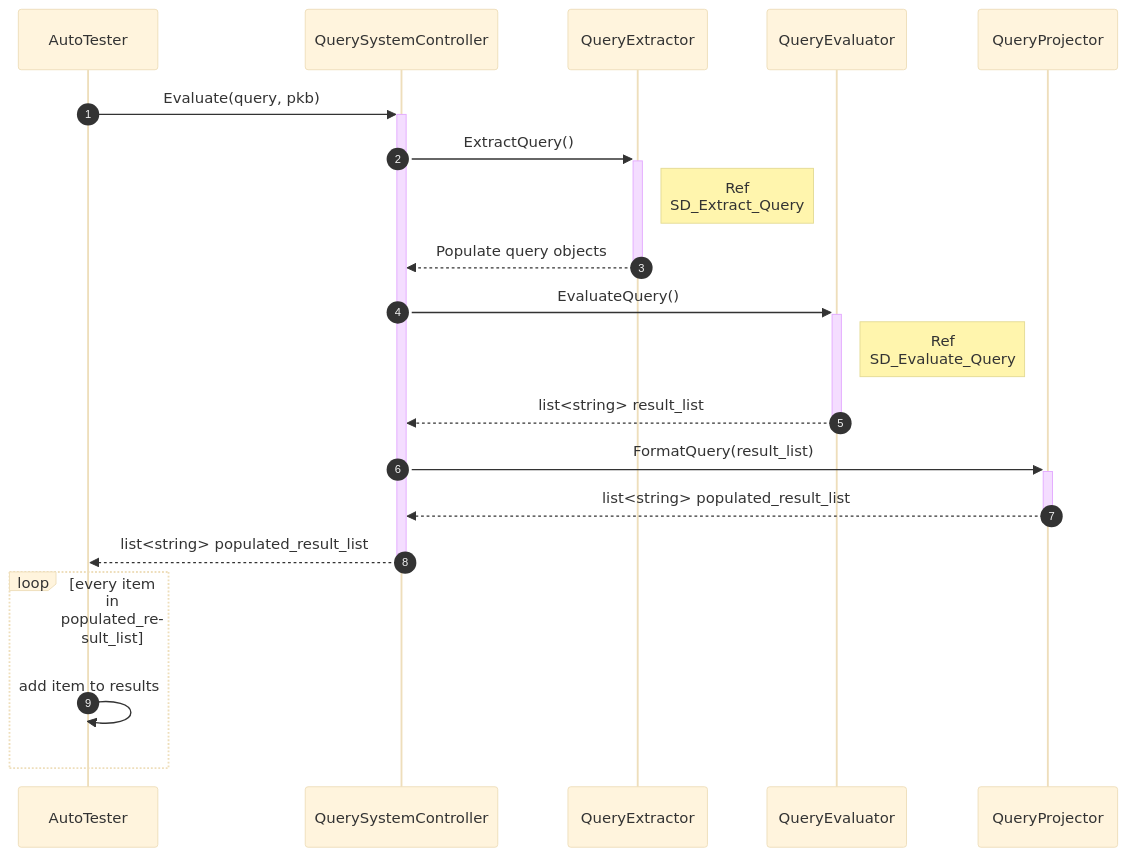
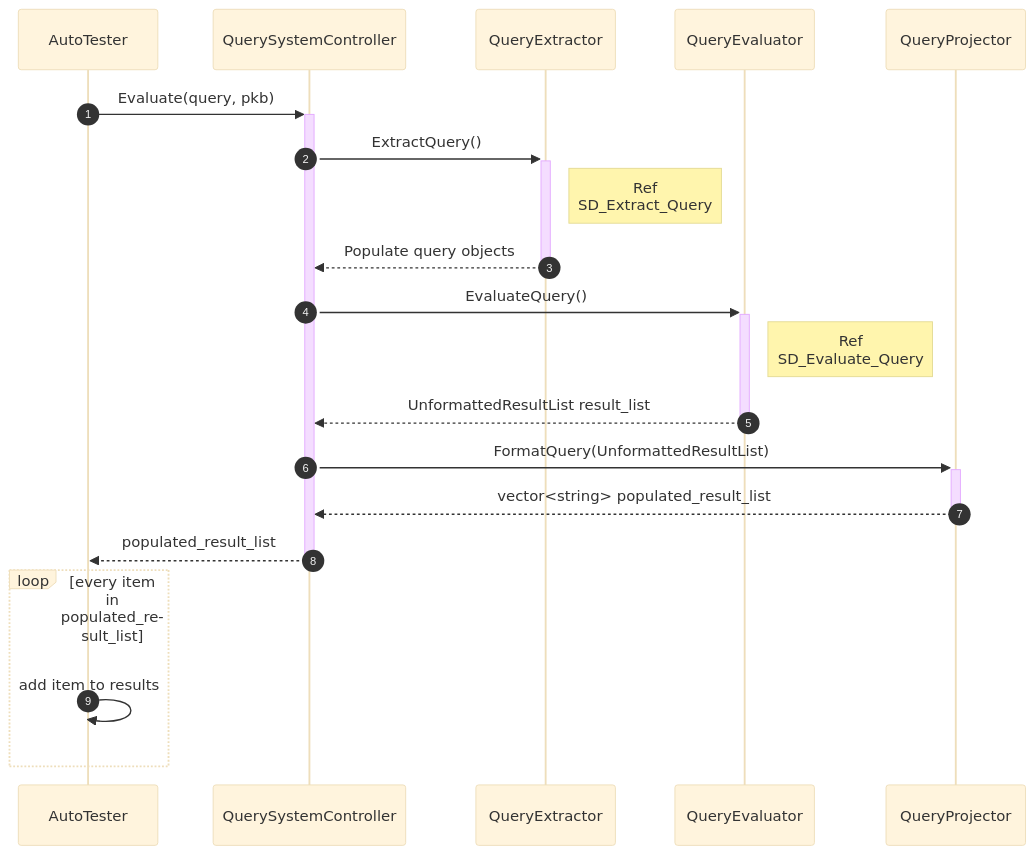
Before and after one commit to rtshkmr/CS3203-StaticProgramAnalyzer: the diagram in docs/sd/queries_overview.mmd, drawn with Mermaid (base theme).

Commit message:
Update queries_overview sd

```diff
--- a/docs/sd/queries_overview.mmd
+++ b/docs/sd/queries_overview.mmd
@@ -1,22 +1,22 @@
 sequenceDiagram
     autonumber
     participant AutoTester
     participant QuerySystemController
     participant QueryExtractor
     participant QueryEvaluator
     participant QueryProjector
 
     %% This sd is for per query (PQL statement) basis.
     AutoTester ->>+ QuerySystemController: Evaluate(query, pkb)
     QuerySystemController ->>+ QueryExtractor: ExtractQuery()
     Note right of QueryExtractor: Ref <br/> SD_Extract_Query
     QueryExtractor-->>-QuerySystemController: Populate query objects
     QuerySystemController->>+QueryEvaluator: EvaluateQuery()
     Note right of QueryEvaluator: Ref <br/> SD_Evaluate_Query
-    QueryEvaluator-->>-QuerySystemController: list<string> result_list
-    QuerySystemController->>+QueryProjector: FormatQuery(result_list)
-    QueryProjector-->>-QuerySystemController: list<string> populated_result_list
-    QuerySystemController-->>-AutoTester: list<string> populated_result_list
+    QueryEvaluator-->>-QuerySystemController: UnformattedResultList result_list
+    QuerySystemController->>+QueryProjector: FormatQuery(UnformattedResultList)
+    QueryProjector-->>-QuerySystemController: vector<string> populated_result_list
+    QuerySystemController-->>-AutoTester: populated_result_list
     loop every item in populated_result_list
         AutoTester->>AutoTester: add item to results
     end
```
